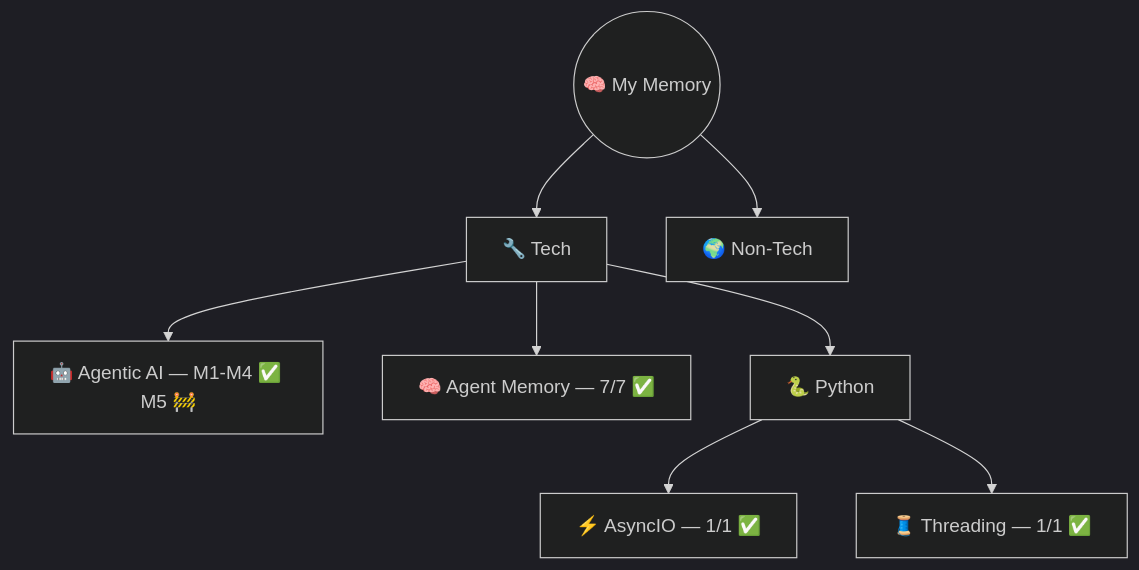
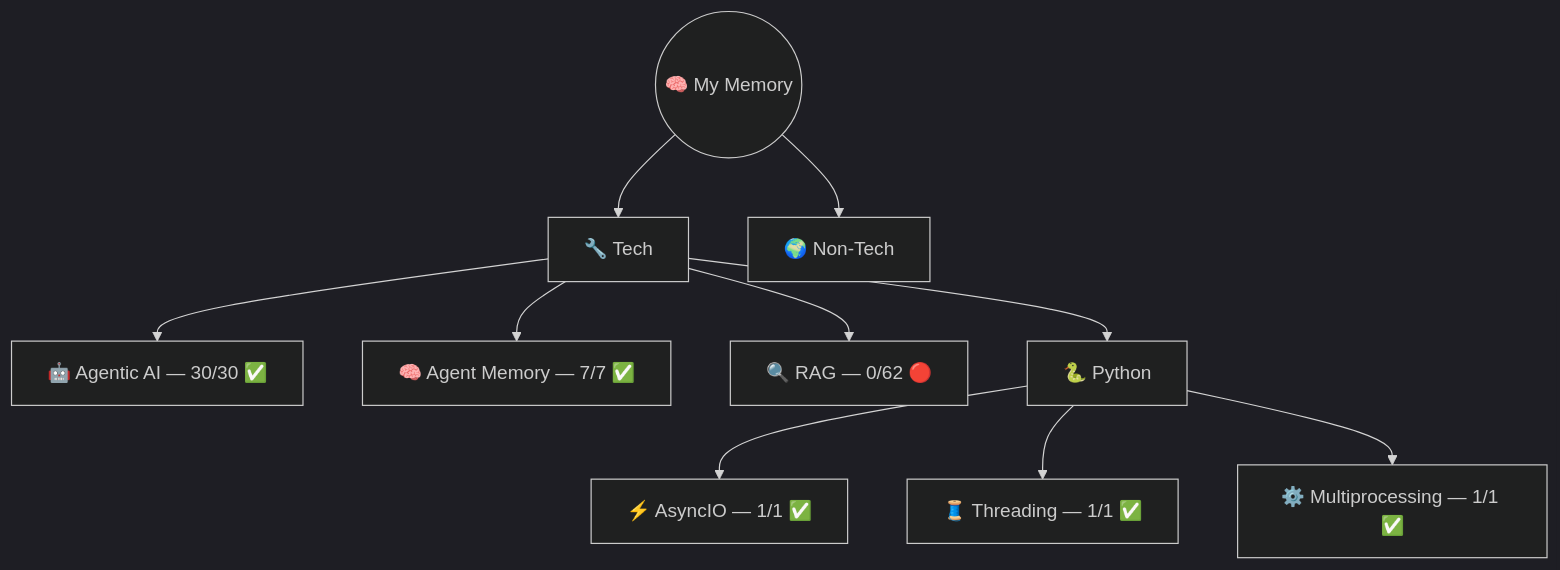
Before and after one commit to AyushSonuu/my-memory: the diagram in README.md, drawn with Mermaid (dark theme). The commit also changed other lines of this file and 2 other files, not shown here.

Commit message:
🔄 revision: add auto-update cron script + launchd agent (daily 6AM), update homepage map/stats/topics

````diff
--- a/README.md
+++ b/README.md
@@ -21,12 +21,14 @@
 ```mermaid
 graph TB
     ROOT(("🧠 My Memory"))
     ROOT --> TECH["🔧 Tech"]
     ROOT --> NT["🌍 Non-Tech"]
-    
-    TECH --> AG["🤖 Agentic AI — M1-M4 ✅ M5 🚧"]
+
+    TECH --> AG["🤖 Agentic AI — 30/30 ✅"]
     TECH --> AM["🧠 Agent Memory — 7/7 ✅"]
+    TECH --> RAG["🔍 RAG — 0/62 🔴"]
     TECH --> PY["🐍 Python"]
     PY --> AIO["⚡ AsyncIO — 1/1 ✅"]
     PY --> THR["🧵 Threading — 1/1 ✅"]
+    PY --> MP["⚙️ Multiprocessing — 1/1 ✅"]
 ```
````
